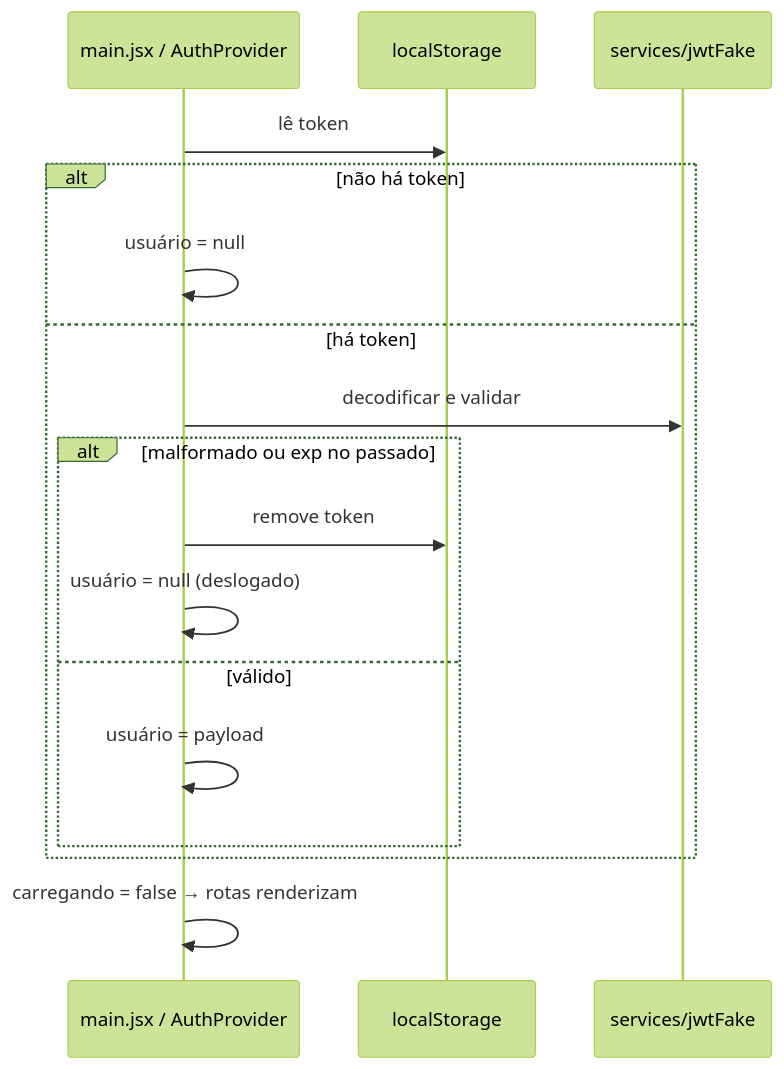
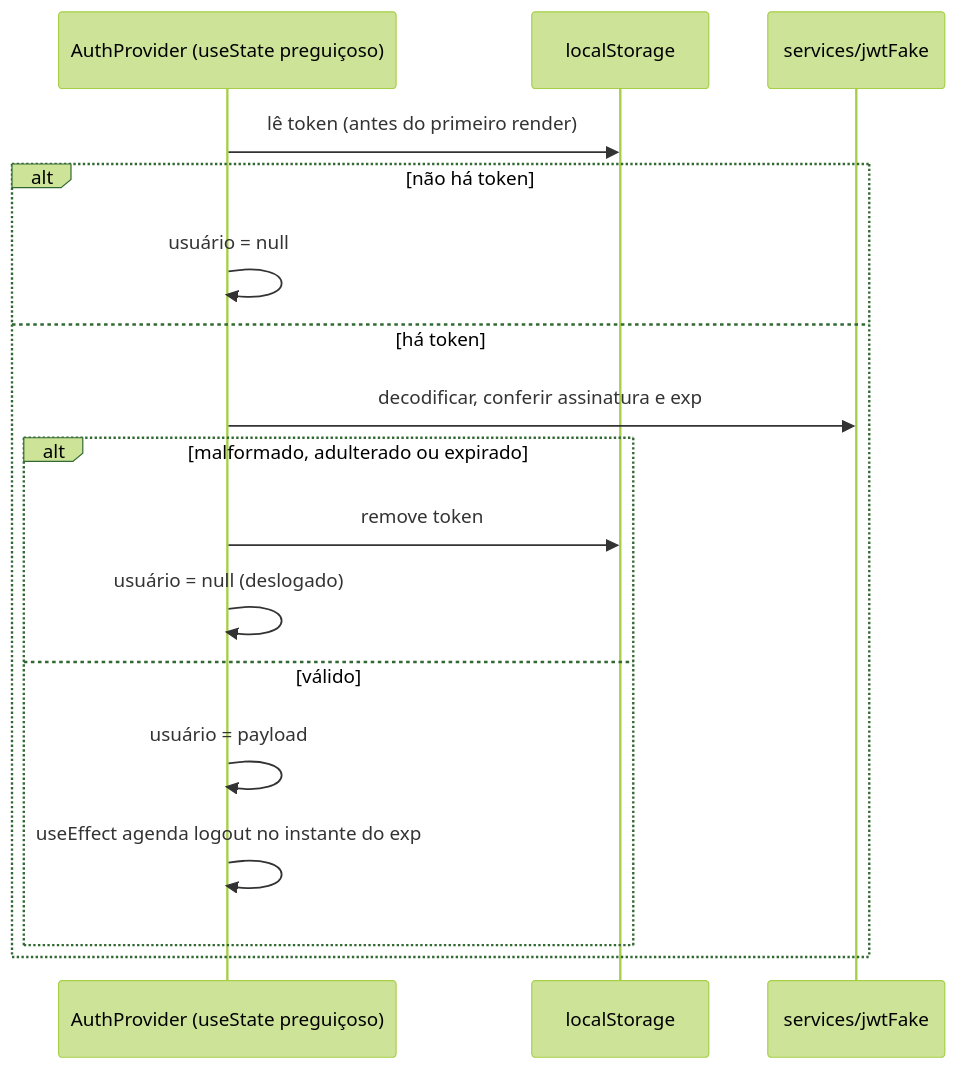
Before and after one commit to Cesar-Azeredo/grupo-zion-cardioia-portal: the third of 4 diagrams in docs/arquitetura.md, drawn with Mermaid (forest theme). The commit also changed other lines of this file and 8 other files, not shown here.

````diff
--- a/docs/arquitetura.md
+++ b/docs/arquitetura.md
@@ -110,20 +124,20 @@
 ```mermaid
 sequenceDiagram
-    participant App as main.jsx / AuthProvider
+    participant App as AuthProvider (useState preguiçoso)
     participant S as localStorage
     participant J as services/jwtFake
 
-    App->>S: lê token
+    App->>S: lê token (antes do primeiro render)
     alt não há token
         App->>App: usuário = null
     else há token
-        App->>J: decodificar e validar
-        alt malformado ou exp no passado
+        App->>J: decodificar, conferir assinatura e exp
+        alt malformado, adulterado ou expirado
             App->>S: remove token
             App->>App: usuário = null (deslogado)
         else válido
             App->>App: usuário = payload
+            App->>App: useEffect agenda logout no instante do exp
         end
     end
-    App->>App: carregando = false → rotas renderizam
 ```
````
